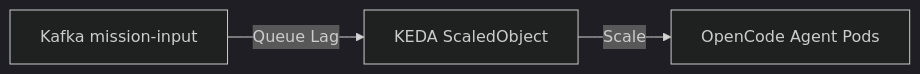
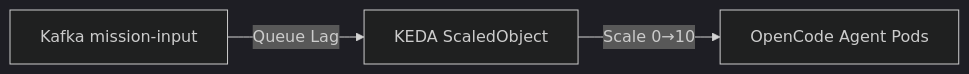
Before and after one commit to lgcorzo/rust_CACD_autonomous_factory: the second of 2 diagrams in wiki/EXPERIMENT-LIFECYCLE.md, drawn with Mermaid (dark theme). The commit also changed other lines of this file and 12 other files, not shown here.

Commit message:
docs: overhaul wiki documentation, expanding architectural, infrastructure, and operational specifications.

````diff
--- a/wiki/EXPERIMENT-LIFECYCLE.md
+++ b/wiki/EXPERIMENT-LIFECYCLE.md
@@ -68,5 +94,5 @@
 ```mermaid
 graph LR
     K["Kafka mission-input"] -->|Queue Lag| KE["KEDA ScaledObject"]
-    KE -->|Scale| D["OpenCode Agent Pods"]
+    KE -->|Scale 0→10| D["OpenCode Agent Pods"]
 ```
````
